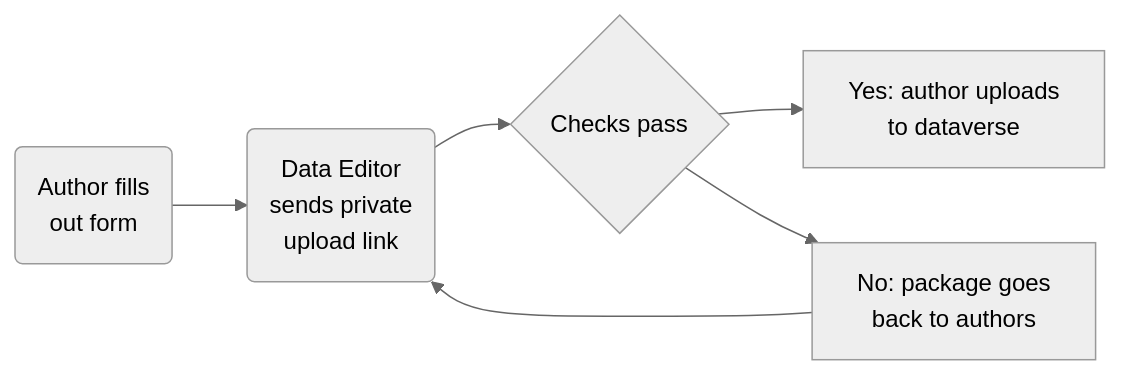
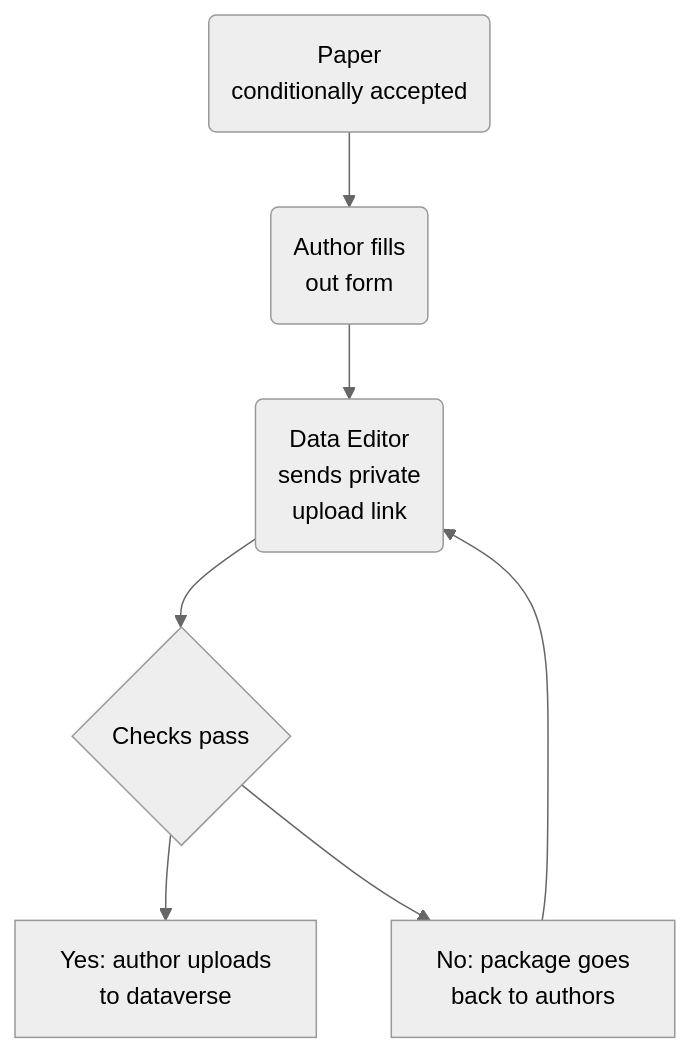
The diagram in index.qmd (matteolanoe/spgr.github.io), drawn with Mermaid (neutral theme) before and after one commit. The commit also changed other lines of this file, not shown here.

````diff
--- a/index.qmd
+++ b/index.qmd
@@ -10,9 +10,10 @@
 ```{mermaid}
 %%| title: process
-flowchart LR
+flowchart TD
+  X(Paper<br>conditionally accepted) --> A
   A(Author fills<br> out form) --> B(Data Editor<br>sends private<br>upload link)
   B --> C{Checks pass}
   C --> D[Yes: author uploads<br>to dataverse]
   C --> E[No: package goes<br>back to authors]
   E --> B
 ```
````
